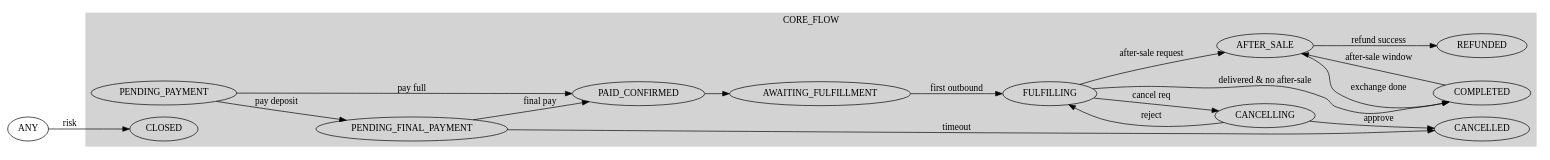
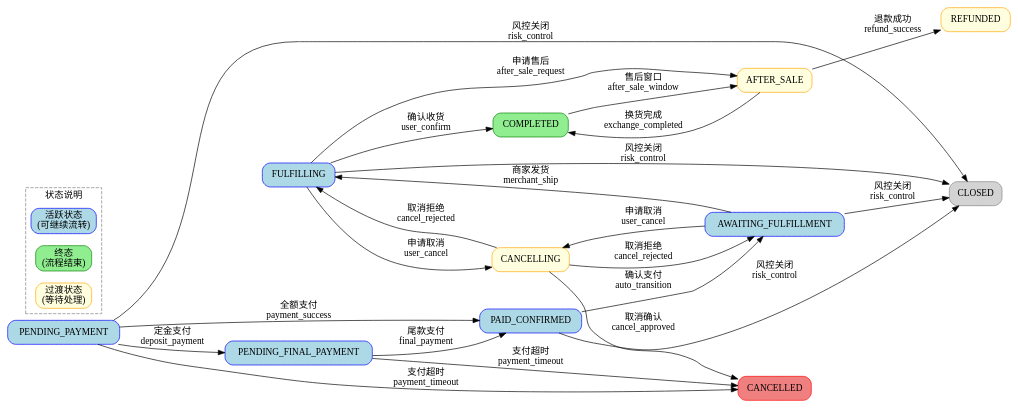
Before and after one commit to jamespud/tiny-store: the diagram in doc/order/order-state-machine.dot, drawn with Graphviz. The commit also changed 69 other files, not shown here.

```diff
--- a/doc/order/order-state-machine.dot
+++ b/doc/order/order-state-machine.dot
@@ -1,23 +1,65 @@
 digraph ORDER_STATE_MACHINE {
   rankdir=LR;
-  subgraph cluster_core {
-    label="CORE_FLOW";style=filled;color=lightgrey;
-    PENDING_PAYMENT;PENDING_FINAL_PAYMENT;PAID_CONFIRMED;AWAITING_FULFILLMENT;FULFILLING;AFTER_SALE;CANCELLING;COMPLETED;CANCELLED;CLOSED;REFUNDED;
+  
+  // Define node styles
+  node [shape=box, style=rounded];
+  
+  // Terminal states (green)
+  COMPLETED [color=green, style="rounded,filled", fillcolor=lightgreen];
+  CANCELLED [color=red, style="rounded,filled", fillcolor=lightcoral];
+  CLOSED [color=gray, style="rounded,filled", fillcolor=lightgray];
+  REFUNDED [color=orange, style="rounded,filled", fillcolor=lightyellow];
+  
+  // Active states (blue)
+  PENDING_PAYMENT [color=blue, style="rounded,filled", fillcolor=lightblue];
+  PENDING_FINAL_PAYMENT [color=blue, style="rounded,filled", fillcolor=lightblue];
+  PAID_CONFIRMED [color=blue, style="rounded,filled", fillcolor=lightblue];
+  AWAITING_FULFILLMENT [color=blue, style="rounded,filled", fillcolor=lightblue];
+  FULFILLING [color=blue, style="rounded,filled", fillcolor=lightblue];
+  
+  // Transitional states (yellow)
+  AFTER_SALE [color=orange, style="rounded,filled", fillcolor=lightyellow];
+  CANCELLING [color=orange, style="rounded,filled", fillcolor=lightyellow];
+  
+  // Core payment flow
+  PENDING_PAYMENT -> PAID_CONFIRMED [label="全额支付\npayment_success"];
+  PENDING_PAYMENT -> PENDING_FINAL_PAYMENT [label="定金支付\ndeposit_payment"];
+  PENDING_FINAL_PAYMENT -> PAID_CONFIRMED [label="尾款支付\nfinal_payment"];
+  PENDING_FINAL_PAYMENT -> CANCELLED [label="支付超时\npayment_timeout"];
+  
+  // Fulfillment flow
+  PAID_CONFIRMED -> AWAITING_FULFILLMENT [label="确认支付\nauto_transition"];
+  AWAITING_FULFILLMENT -> FULFILLING [label="商家发货\nmerchant_ship"];
+  FULFILLING -> COMPLETED [label="确认收货\nuser_confirm"];
+  
+  // Cancellation flow
+  PENDING_PAYMENT -> CANCELLED [label="支付超时\npayment_timeout"];
+  AWAITING_FULFILLMENT -> CANCELLING [label="申请取消\nuser_cancel"];
+  FULFILLING -> CANCELLING [label="申请取消\nuser_cancel"];
+  CANCELLING -> CANCELLED [label="取消确认\ncancel_approved"];
+  CANCELLING -> AWAITING_FULFILLMENT [label="取消拒绝\ncancel_rejected"];
+  CANCELLING -> FULFILLING [label="取消拒绝\ncancel_rejected"];
+  
+  // After-sale flow
+  FULFILLING -> AFTER_SALE [label="申请售后\nafter_sale_request"];
+  COMPLETED -> AFTER_SALE [label="售后窗口\nafter_sale_window"];
+  AFTER_SALE -> REFUNDED [label="退款成功\nrefund_success"];
+  AFTER_SALE -> COMPLETED [label="换货完成\nexchange_completed"];
+  
+  // Risk control (from any state)
+  PENDING_PAYMENT -> CLOSED [label="风控关闭\nrisk_control"];
+  PAID_CONFIRMED -> CLOSED [label="风控关闭\nrisk_control"];
+  AWAITING_FULFILLMENT -> CLOSED [label="风控关闭\nrisk_control"];
+  FULFILLING -> CLOSED [label="风控关闭\nrisk_control"];
+  
+  // Legend
+  subgraph cluster_legend {
+    label="状态说明";
+    style=dashed;
+    color=gray;
+    
+    legend_active [label="活跃状态\n(可继续流转)", color=blue, style="rounded,filled", fillcolor=lightblue];
+    legend_terminal [label="终态\n(流程结束)", color=green, style="rounded,filled", fillcolor=lightgreen];
+    legend_transitional [label="过渡状态\n(等待处理)", color=orange, style="rounded,filled", fillcolor=lightyellow];
   }
-  // Core transitions
-  PENDING_PAYMENT -> PAID_CONFIRMED [label="pay full"];
-  PENDING_PAYMENT -> PENDING_FINAL_PAYMENT [label="pay deposit"];
-  PENDING_FINAL_PAYMENT -> PAID_CONFIRMED [label="final pay"];
-  PENDING_FINAL_PAYMENT -> CANCELLED [label="timeout"];
-  PAID_CONFIRMED -> AWAITING_FULFILLMENT;
-  AWAITING_FULFILLMENT -> FULFILLING [label="first outbound"];
-  FULFILLING -> AFTER_SALE [label="after-sale request"];
-  COMPLETED -> AFTER_SALE [label="after-sale window"];
-  FULFILLING -> COMPLETED [label="delivered & no after-sale"];
-  FULFILLING -> CANCELLING [label="cancel req"];
-  CANCELLING -> CANCELLED [label="approve"];
-  CANCELLING -> FULFILLING [label="reject"];
-  AFTER_SALE -> REFUNDED [label="refund success"];
-  AFTER_SALE -> COMPLETED [label="exchange done"];
-  ANY -> CLOSED [label="risk"];
 }
```
